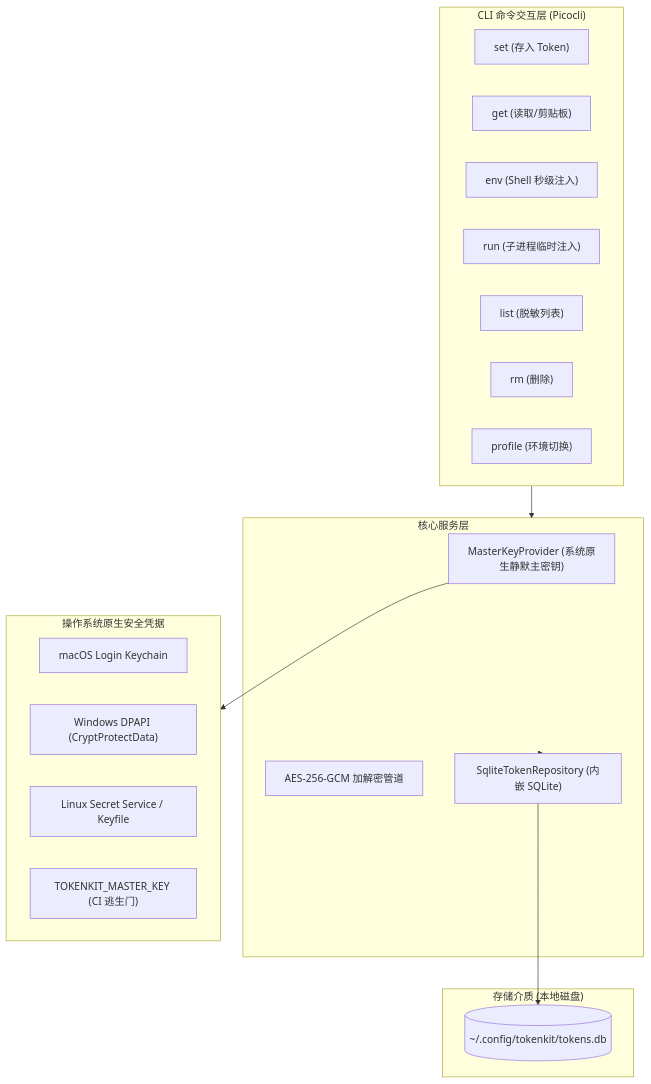
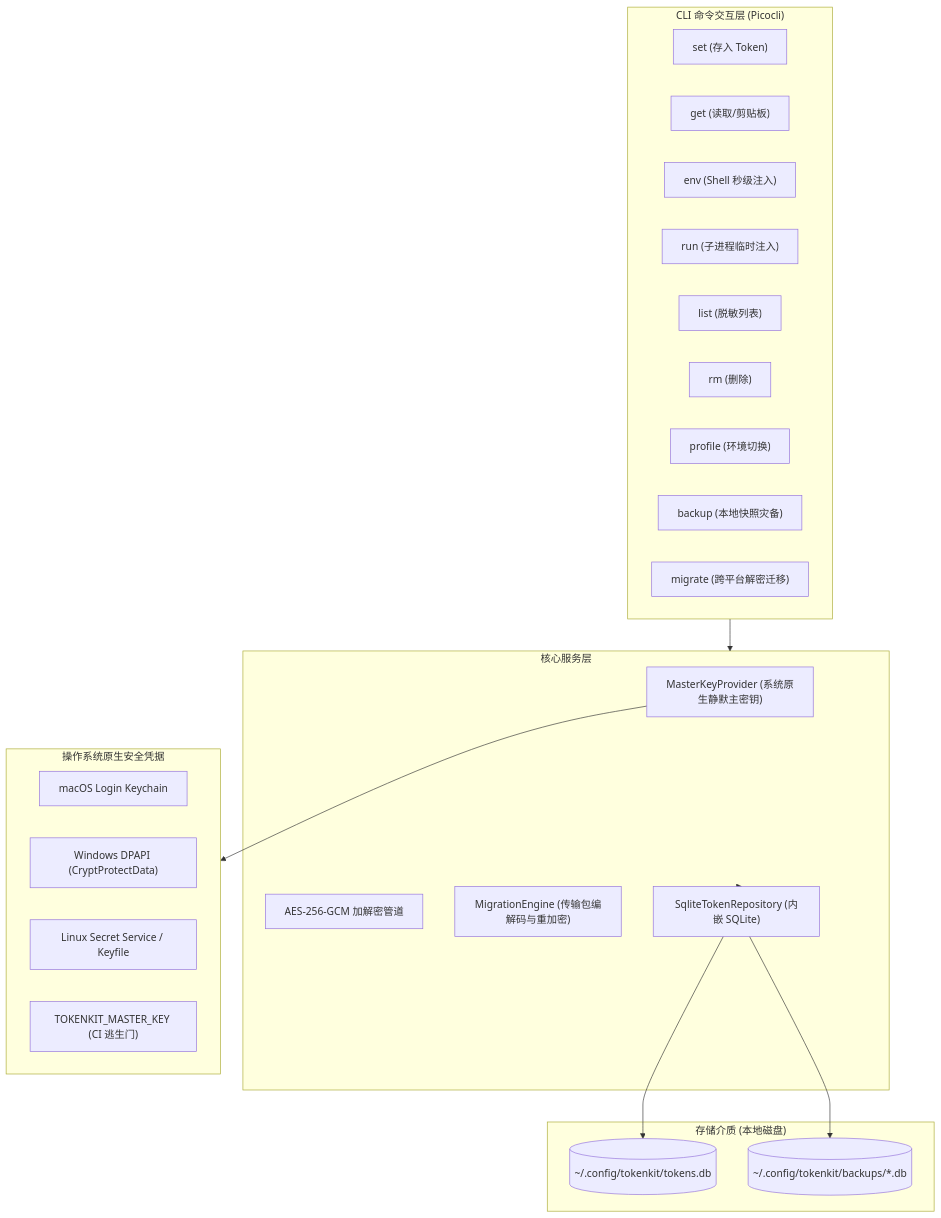
Before and after one commit to lihuu/li-tools: the diagram in docs/superpowers/specs/2026-10-17-tokenkit-design.md, drawn with Mermaid. The commit also changed other lines of this file and 1 other file, not shown here.

Commit message:
docs(tokenkit): add backup and cross-platform migrate commands to specification

````diff
--- a/docs/superpowers/specs/2026-10-17-tokenkit-design.md
+++ b/docs/superpowers/specs/2026-10-17-tokenkit-design.md
@@ -33,34 +33,39 @@
 ```mermaid
 flowchart TD
     subgraph CLI_Interface["CLI 命令交互层 (Picocli)"]
         CmdSet["set (存入 Token)"]
         CmdGet["get (读取/剪贴板)"]
         CmdEnv["env (Shell 秒级注入)"]
         CmdRun["run (子进程临时注入)"]
         CmdList["list (脱敏列表)"]
         CmdRm["rm (删除)"]
         CmdProfile["profile (环境切换)"]
+        CmdBackup["backup (本地快照灾备)"]
+        CmdMigrate["migrate (跨平台解密迁移)"]
     end
 
     subgraph Core_Services["核心服务层"]
         KeyManager["MasterKeyProvider (系统原生静默主密钥)"]
         CryptoService["AES-256-GCM 加解密管道"]
+        MigrationService["MigrationEngine (传输包编解码与重加密)"]
         StorageService["SqliteTokenRepository (内嵌 SQLite)"]
     end
 
     subgraph OS_Security["操作系统原生安全凭据"]
         MacKeychain["macOS Login Keychain"]
         WinDPAPI["Windows DPAPI (CryptProtectData)"]
         LinuxSecret["Linux Secret Service / Keyfile"]
         EnvEscape["TOKENKIT_MASTER_KEY (CI 逃生门)"]
     end
 
     subgraph Storage_Layer["存储介质 (本地磁盘)"]
         DB[(~/.config/tokenkit/tokens.db)]
+        Backups[(~/.config/tokenkit/backups/*.db)]
     end
 
     CLI_Interface --> Core_Services
     KeyManager --> OS_Security
     Core_Services --> StorageService
     StorageService --> DB
+    StorageService --> Backups
 ```
````
